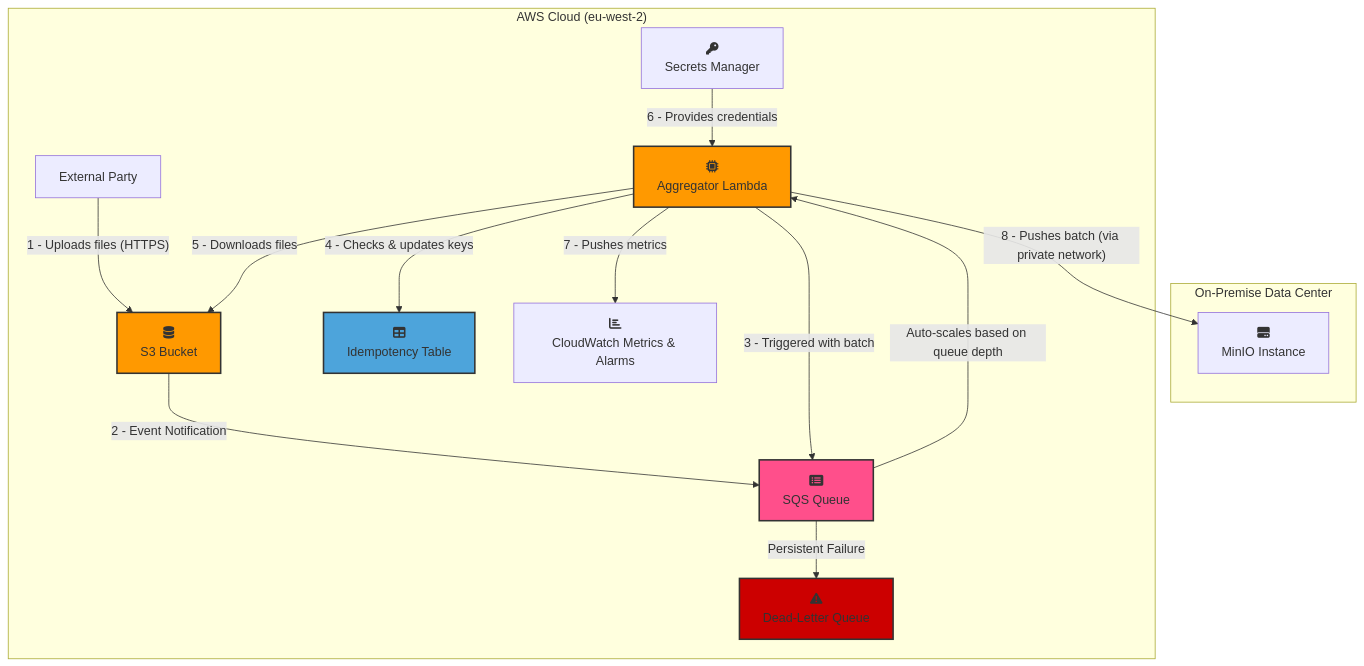
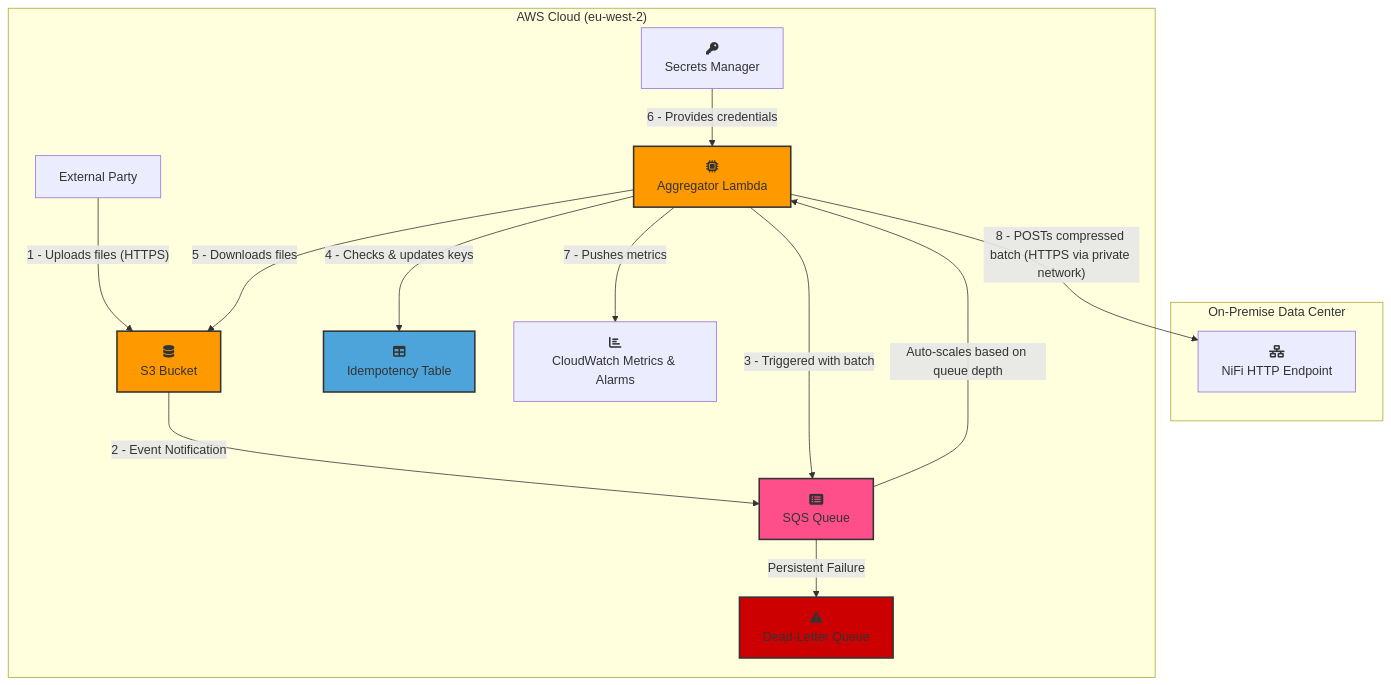
The diagram in README.md (jathorp/data-agregator), drawn with Mermaid before and after one commit. The commit also changed other lines of this file, not shown here.

Commit message:
Majore end point change to NiFi from MinIO

````diff
--- a/README.md
+++ b/README.md
@@ -55,37 +54,37 @@
 ```mermaid
 flowchart TD
   %% ───────── Nodes ─────────
   subgraph "On-Premise Data Center"
-    MinIO["fa:fa-hdd<br/>MinIO Instance"]
+    NiFi["fa:fa-network-wired<br/>NiFi HTTP Endpoint"]
   end
   
   subgraph "AWS Cloud (eu-west-2)"
     Lambda["fa:fa-microchip<br/>Aggregator Lambda"]
     ExternalParty["External Party"] 
     S3["fa:fa-database<br/>S3 Bucket"]
     SQS["fa:fa-list-alt<br/>SQS Queue"]
     DLQ["fa:fa-exclamation-triangle<br/>Dead-Letter Queue"]
     DynamoDB["fa:fa-table<br/>Idempotency Table"]
     SecretsManager["fa:fa-key<br/>Secrets Manager"]
     CloudWatch["fa:fa-chart-bar<br/>CloudWatch Metrics & Alarms"]
   end
 
   %% ───────── Edges ─────────
   ExternalParty -->|"1 - Uploads files (HTTPS)"| S3
   S3            -->|"2 - Event Notification"| SQS
   SQS           -- "Auto-scales based on queue depth" --> Lambda
   Lambda        -->|"3 - Triggered with batch"| SQS
   Lambda        -->|"4 - Checks & updates keys"| DynamoDB
   Lambda        -->|"5 - Downloads files"| S3
   SecretsManager-->|"6 - Provides credentials"| Lambda
   Lambda        -->|"7 - Pushes metrics"| CloudWatch
-  Lambda        -->|"8 - Pushes batch (via private network)"| MinIO
+  Lambda        -->|"8 - POSTs compressed batch (HTTPS via private network)"| NiFi
   SQS           -->|"Persistent Failure"| DLQ
 
   %% ───────── Styling ─────────
   style Lambda fill:#FF9900,stroke:#333,stroke-width:2px
   style S3     fill:#FF9900,stroke:#333,stroke-width:2px
   style SQS    fill:#FF4F8B,stroke:#333,stroke-width:2px
   style DynamoDB fill:#4DA4DB,stroke:#333,stroke-width:2px
   style DLQ    fill:#CC0000,stroke:#333,stroke-width:2px
 ```
````
